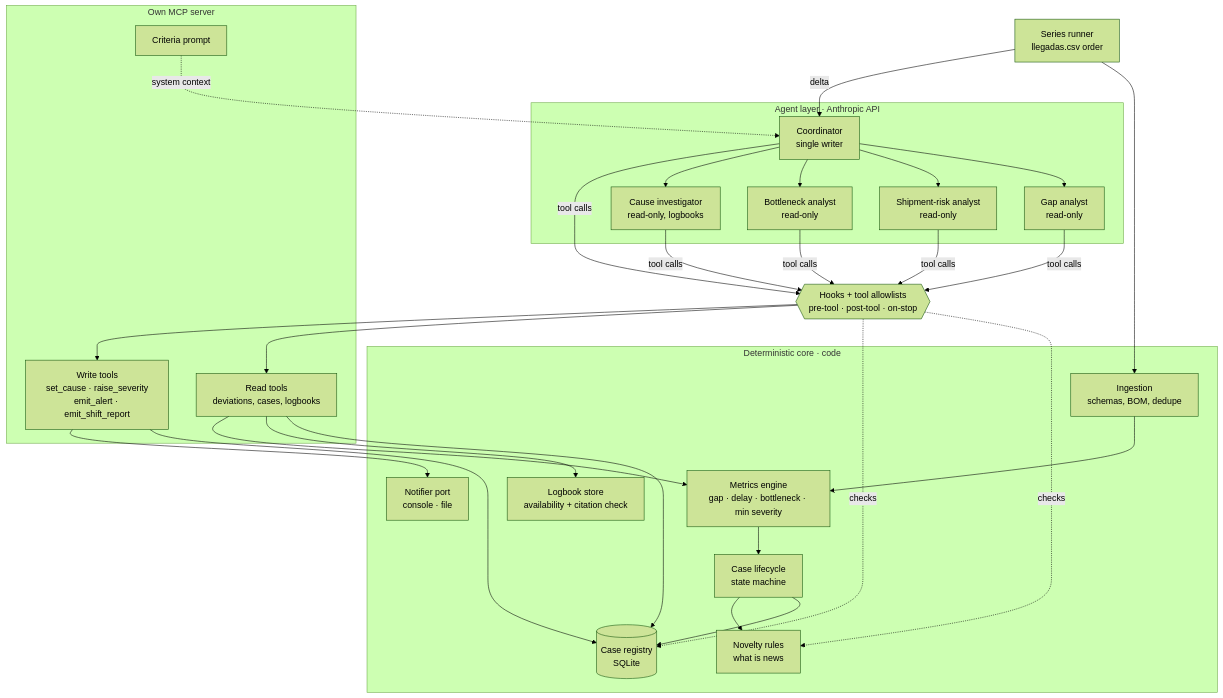
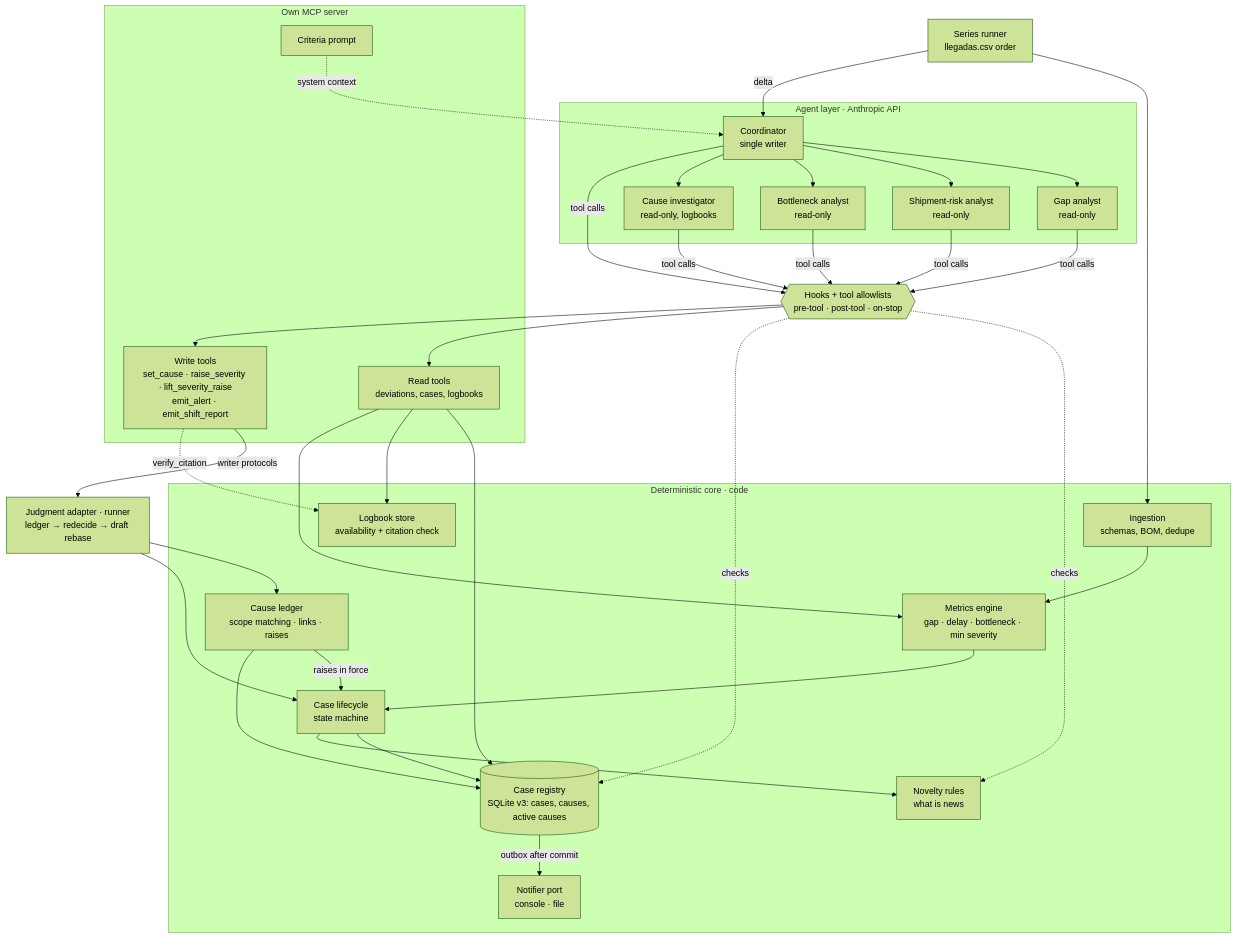
The diagram in docs/diagrams/components.md (mateo-velasquez/Plant-supervisory-agent), drawn with Mermaid (forest theme) before and after one commit. The commit also changed other lines of this file and 9 other files, not shown here.

Commit message:
docs(008): spec implemented, ADR-0015, decided questions, structure and diagrams (T20)

````diff
--- a/docs/diagrams/components.md
+++ b/docs/diagrams/components.md
@@ -3,44 +3,50 @@
 ```mermaid
 flowchart TB
     runner[Series runner<br/>llegadas.csv order]
 
     subgraph core[Deterministic core · code]
         ingest[Ingestion<br/>schemas, BOM, dedupe]
         metrics[Metrics engine<br/>gap · delay · bottleneck · min severity]
         lifecycle[Case lifecycle<br/>state machine]
         novelty[Novelty rules<br/>what is news]
-        registry[(Case registry<br/>SQLite)]
+        registry[(Case registry<br/>SQLite v3: cases, causes, active causes)]
+        ledger[Cause ledger<br/>scope matching · links · raises]
         logstore[Logbook store<br/>availability + citation check]
         notify[Notifier port<br/>console · file]
     end
 
     subgraph mcp[Own MCP server]
         readtools[Read tools<br/>deviations, cases, logbooks]
-        writetools[Write tools<br/>set_cause · raise_severity<br/>emit_alert · emit_shift_report]
+        writetools[Write tools<br/>set_cause · raise_severity · lift_severity_raise<br/>emit_alert · emit_shift_report]
         prompt[Criteria prompt]
     end
 
     subgraph agents[Agent layer · Anthropic API]
         coordinator[Coordinator<br/>single writer]
         gap[Gap analyst<br/>read-only]
         ship[Shipment-risk analyst<br/>read-only]
         bottle[Bottleneck analyst<br/>read-only]
         cause[Cause investigator<br/>read-only, logbooks]
     end
 
     hooks{{Hooks + tool allowlists<br/>pre-tool · post-tool · on-stop}}
+    adapter[Judgment adapter · runner<br/>ledger → redecide → draft rebase]
 
     runner --> ingest --> metrics --> lifecycle --> registry
     lifecycle --> novelty
+    ledger -- raises in force --> lifecycle
+    ledger --> registry
     runner -- delta --> coordinator
     coordinator --> gap & ship & bottle & cause
     coordinator -- tool calls --> hooks
     gap & ship & bottle & cause -- tool calls --> hooks
     hooks --> readtools & writetools
     prompt -. system context .-> coordinator
     readtools --> registry & logstore & metrics
-    writetools --> registry
-    writetools --> notify
+    writetools -- writer protocols --> adapter
+    adapter --> ledger & lifecycle
+    writetools -. verify_citation .-> logstore
+    registry -- outbox after commit --> notify
     hooks -. checks .-> novelty
     hooks -. checks .-> registry
 ```
````
